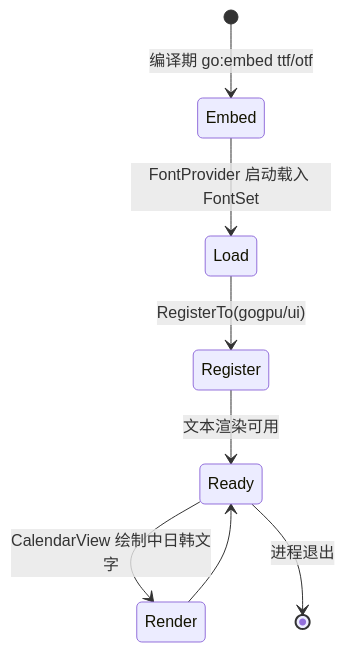
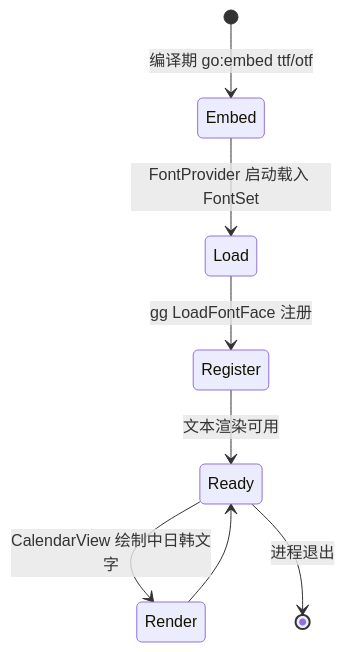
The fourth of 4 diagrams in docs/40-Theme/Font.md (shaolei/DeskCalendar), drawn with Mermaid before and after one commit. The commit also changed other lines of this file and 25 other files, not shown here.

````diff
--- a/docs/40-Theme/Font.md
+++ b/docs/40-Theme/Font.md
@@ -148,10 +148,10 @@
 ```mermaid
 stateDiagram-v2
     [*] --> Embed : 编译期 go:embed ttf/otf
     Embed --> Load : FontProvider 启动载入 FontSet
-    Load --> Register : RegisterTo(gogpu/ui)
+    Load --> Register : gg LoadFontFace 注册
     Register --> Ready : 文本渲染可用
     Ready --> Render : CalendarView 绘制中日韩文字
     Render --> Ready
     Ready --> [*] : 进程退出
 ```
````
